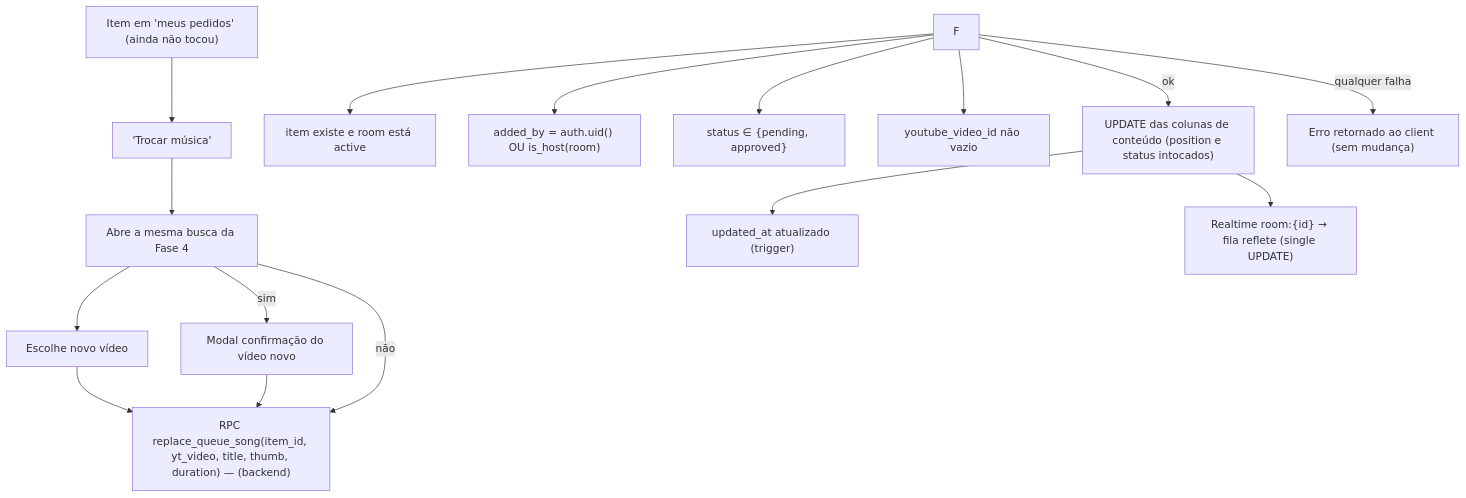
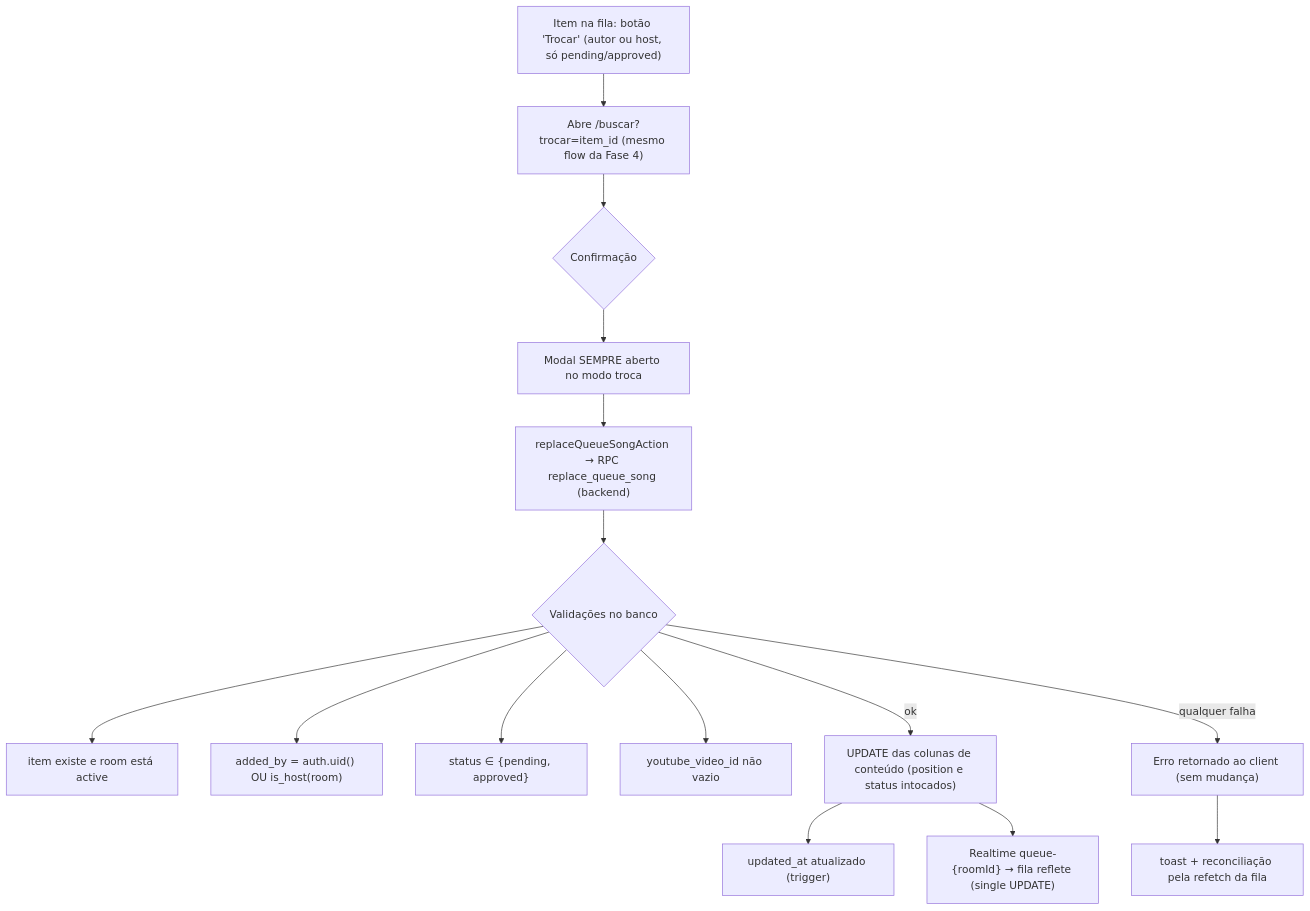
Diagram 17 of 17 in docs/flows/fluxos-do-sistema.md (cavalcanteprofissional/karaoke-flow), drawn with Mermaid before and after one commit. The commit also changed other lines of this file and 19 other files, not shown here.

````diff
--- a/docs/flows/fluxos-do-sistema.md
+++ b/docs/flows/fluxos-do-sistema.md
@@ -383,19 +405,17 @@
 ```mermaid
 flowchart TD
-    A["Item em 'meus pedidos' (ainda não tocou)"] --> B["'Trocar música'"]
-    B --> C["Abre a mesma busca da Fase 4"]
-    C --> D["Escolhe novo vídeo"]
-    D --> E{Sala pede confirmação?}
-    C -->|sim| D2["Modal confirmação do vídeo novo"]
-    D2 --> E
-    C -->|não| E
-    E["RPC replace_queue_song(item_id, yt_video, title, thumb, duration) — (backend)"]
+    A["Item na fila: botão 'Trocar' (autor ou host, só pending/approved)"] --> B["Abre /buscar?trocar=item_id (mesmo flow da Fase 4)"]
+    B --> C{"Confirmação"}
+    C --> D["Modal SEMPRE aberto no modo troca"]
+    D --> E["replaceQueueSongAction → RPC replace_queue_song (backend)"]
+    E --> F{Validações no banco}
     F --> F1["item existe e room está active"]
     F --> F2["added_by = auth.uid() OU is_host(room)"]
     F --> F3["status ∈ {pending, approved}"]
     F --> F4["youtube_video_id não vazio"]
     F -->|ok| G["UPDATE das colunas de conteúdo (position e status intocados)"]
     G --> H["updated_at atualizado (trigger)"]
-    G --> I["Realtime room:{id} → fila reflete (single UPDATE)"]
+    G --> I["Realtime queue-{roomId} → fila reflete (single UPDATE)"]
     F -->|qualquer falha| K["Erro retornado ao client (sem mudança)"]
+    K --> L["toast + reconciliação pela refetch da fila"]
 ```
````
